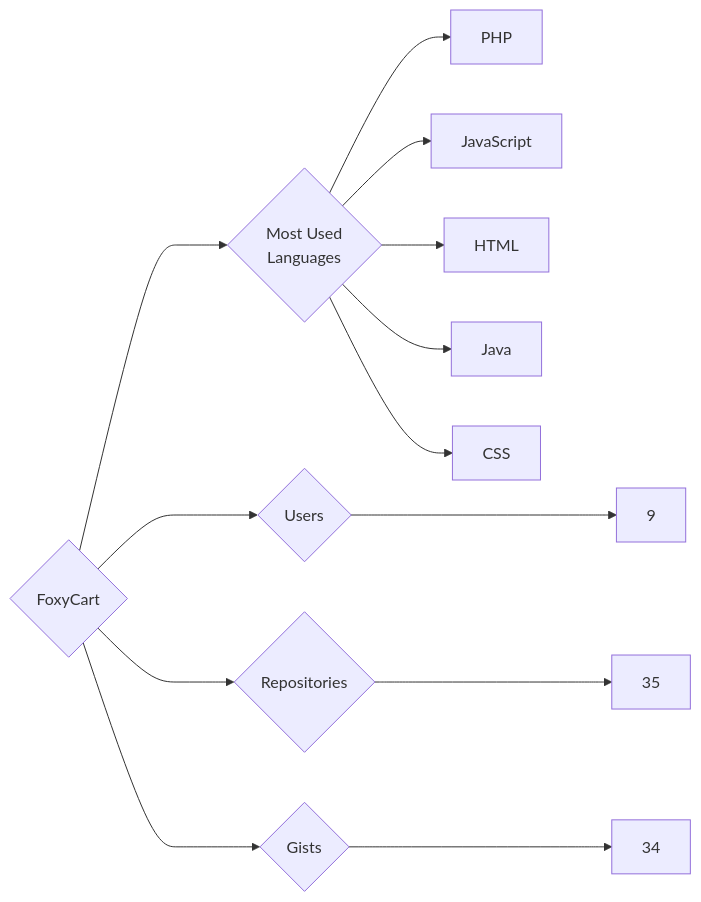
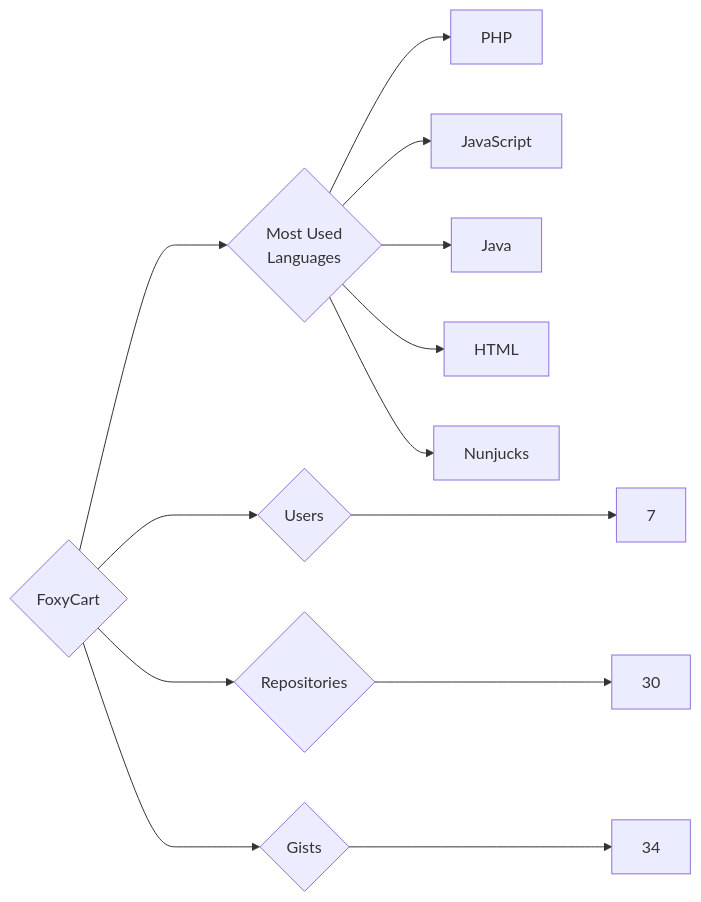
Before and after one commit to trickest/insiders: the diagram in targets/FoxyCart/README.md, drawn with Mermaid. The commit also changed 1055 other files, not shown here.

````diff
--- a/targets/FoxyCart/README.md
+++ b/targets/FoxyCart/README.md
@@ -3,13 +3,13 @@
 ```mermaid
 graph LR
 COMPANY_NAME{FoxyCart}
-COMPANY_NAME ---> U{Users} ---> UN[9]
-COMPANY_NAME ---> R{Repositories} ---> RN[35]
+COMPANY_NAME ---> U{Users} ---> UN[7]
+COMPANY_NAME ---> R{Repositories} ---> RN[30]
 COMPANY_NAME ---> G{Gists} ---> GN[34]
 COMPANY_NAME ---> ML{Most Used<br>Languages}
 ML --> PHP[PHP]
 ML --> JavaScript[JavaScript]
+ML --> Java[Java]
 ML --> HTML[HTML]
-ML --> Java[Java]
-ML --> CSS[CSS]
+ML --> Nunjucks[Nunjucks]
 ```
````
